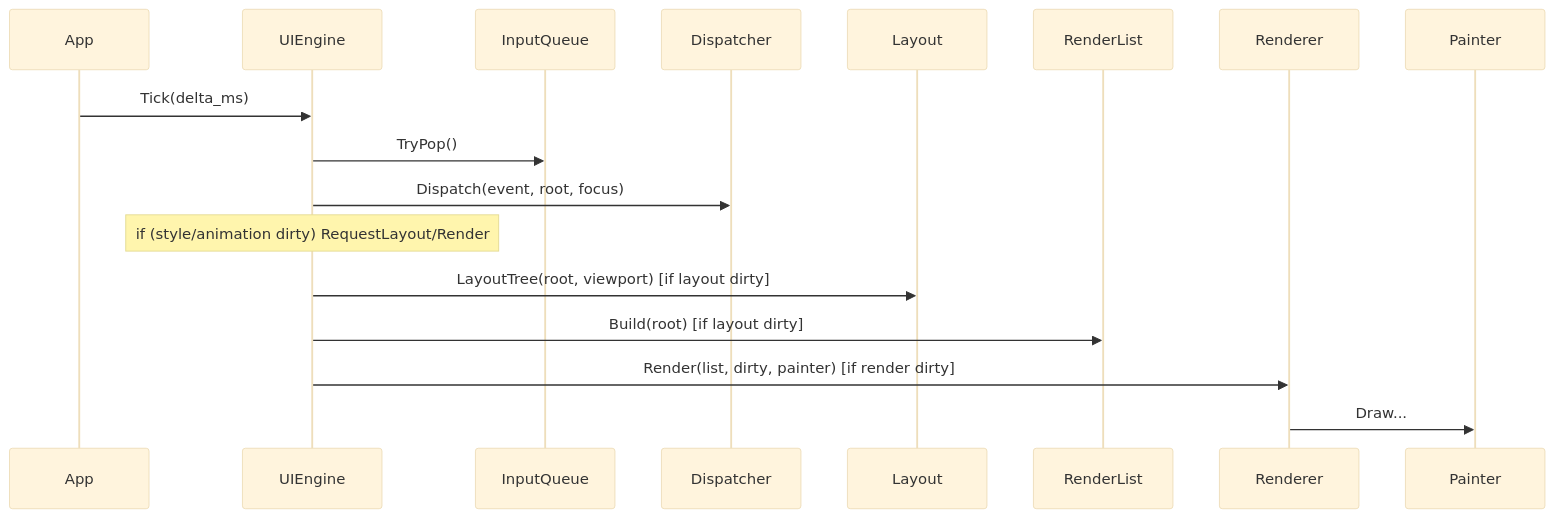
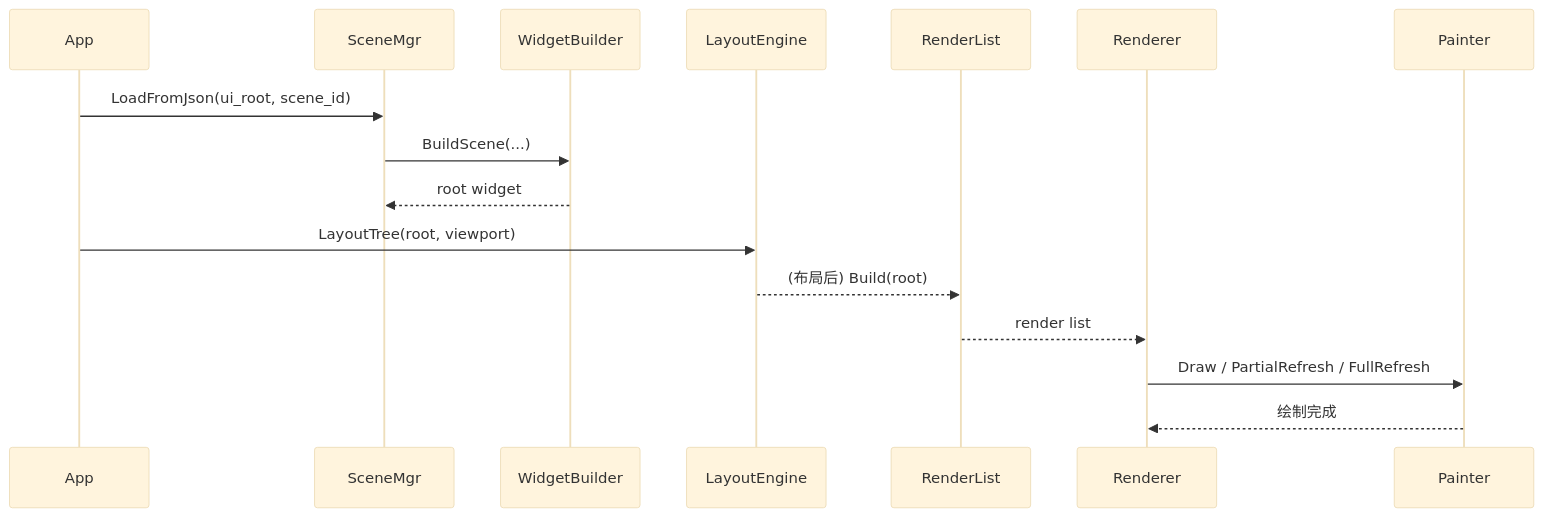
One commit to wangjian-spec/xiaozhi-esp32 changed the first of 2 diagrams in main/eteacher/app_ui/README.md. Above: the diagram before and after it, drawn with Mermaid (base theme). The commit also changed other lines of this file and 20 other files, not shown here.

````diff
--- a/main/eteacher/app_ui/README.md
+++ b/main/eteacher/app_ui/README.md
@@ -42,20 +89,18 @@
 ```mermaid
 sequenceDiagram
-	 participant App
-	 participant UIEngine
-	 participant InputQueue
-	 participant Dispatcher
-	 participant Layout
-	 participant RenderList
-	 participant Renderer
-	 participant Painter
-
-	 App->>UIEngine: Tick(delta_ms)
-	 UIEngine->>InputQueue: TryPop()
-	 UIEngine->>Dispatcher: Dispatch(event, root, focus)
-	Note over UIEngine: if (style/animation dirty) RequestLayout/Render
-	UIEngine->>Layout: LayoutTree(root, viewport) [if layout dirty]
-	UIEngine->>RenderList: Build(root) [if layout dirty]
-	UIEngine->>Renderer: Render(list, dirty, painter) [if render dirty]
-	 Renderer->>Painter: Draw...
+		participant App
+		participant SceneMgr
+		participant WidgetBuilder
+		participant LayoutEngine
+		participant RenderList
+		participant Renderer
+		participant Painter
+		App->>SceneMgr: LoadFromJson(ui_root, scene_id)
+		SceneMgr->>WidgetBuilder: BuildScene(...)
+		WidgetBuilder-->>SceneMgr: root widget
+		App->>LayoutEngine: LayoutTree(root, viewport)
+		LayoutEngine-->>RenderList: (布局后) Build(root)
+		RenderList-->>Renderer: render list
+		Renderer->>Painter: Draw / PartialRefresh / FullRefresh
+		Painter-->>Renderer: 绘制完成
 ```
````
